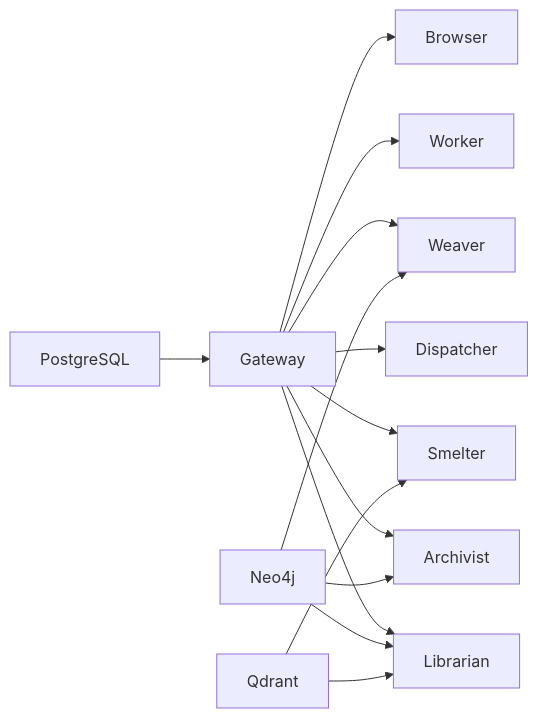
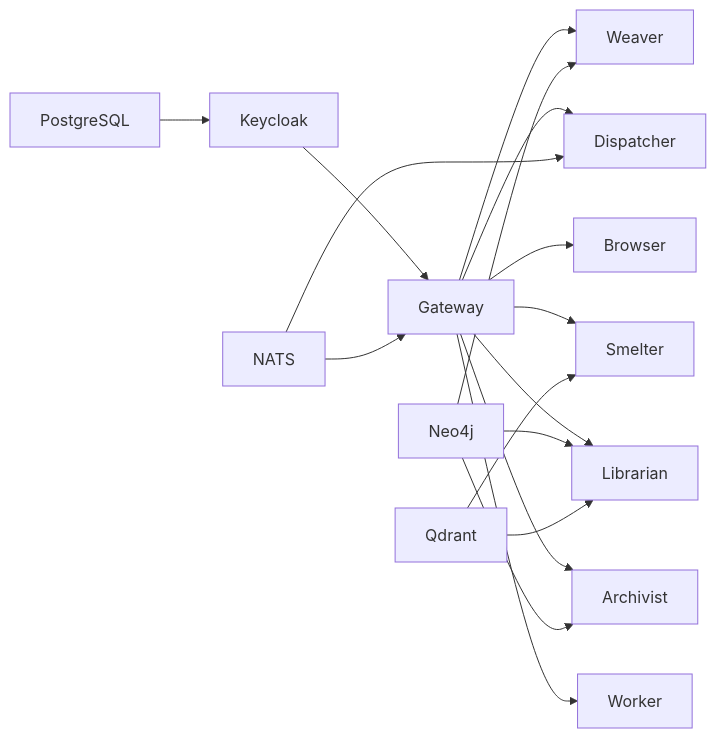
The diagram in docs/system/services/OVERVIEW.md (The-AI-Alliance/semiont), drawn with Mermaid before and after one commit. The commit also changed other lines of this file and 10 other files, not shown here.

````diff
--- a/docs/system/services/OVERVIEW.md
+++ b/docs/system/services/OVERVIEW.md
@@ -168,16 +169,19 @@
 ```mermaid
 graph LR
-    DB[PostgreSQL] --> GW[Gateway]
+    DB[PostgreSQL] --> KC[Keycloak]
+    KC --> GW[Gateway]
+    NATS[NATS] --> GW
     GW --> AR[Archivist]
     GW --> LB[Librarian]
     GW --> DP[Dispatcher]
+    NATS --> DP
     GW --> W[Worker]
     GW --> SM[Smelter]
     GW --> WV[Weaver]
     GW --> BR[Browser]
     GRAPH[Neo4j] --> AR
     GRAPH --> LB
     GRAPH --> WV
     VECTORS[Qdrant] --> LB
     VECTORS --> SM
 ```
````
